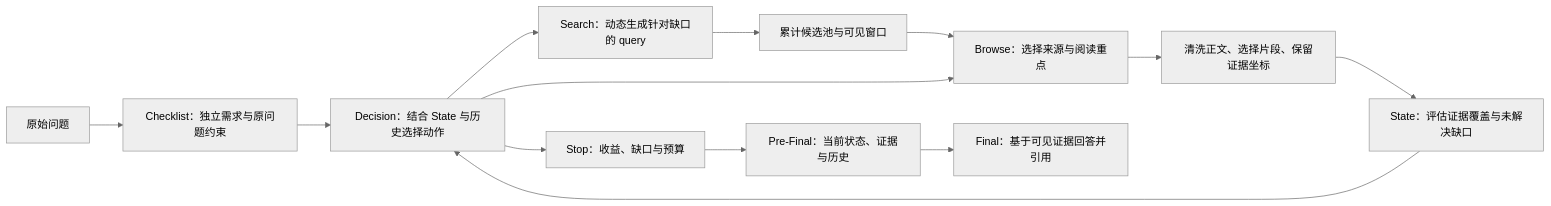
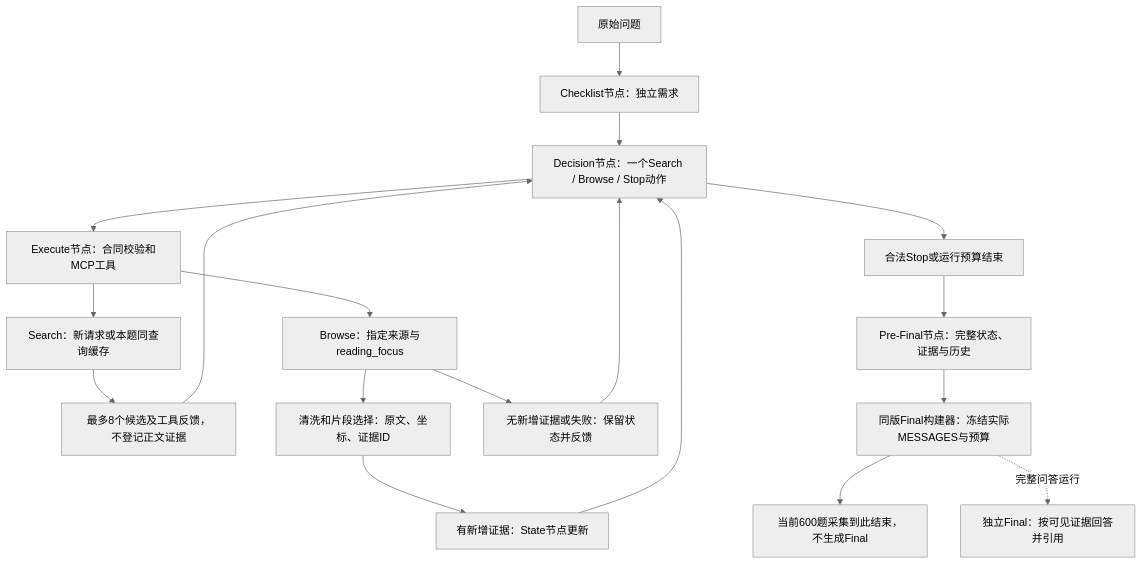
The first of 2 diagrams in README.md (MaSunKing/medical-research-agent-grpo), drawn with Mermaid (neutral theme) before and after one commit. The commit also changed other lines of this file and 10 other files, not shown here.

Commit message:
docs: align version three and engineering diagrams with current Process runtime

````diff
--- a/README.md
+++ b/README.md
@@ -36,15 +37,20 @@
 ```mermaid
-flowchart LR
-    Q[原始问题] --> C[Checklist：独立需求与原问题约束]
-    C --> D[Decision：结合 State 与历史选择动作]
-    D --> S[Search：动态生成针对缺口的 query]
-    S --> P[累计候选池与可见窗口]
-    P --> B[Browse：选择来源与阅读重点]
-    D --> B
-    B --> E[清洗正文、选择片段、保留证据坐标]
-    E --> U[State：评估证据覆盖与未解决缺口]
+flowchart TB
+    Q[原始问题] --> C[Checklist节点：独立需求]
+    C --> D[Decision节点：一个Search / Browse / Stop动作]
+    D --> X[Execute节点：合同校验和MCP工具]
+    X --> S[Search：新请求或本题同查询缓存]
+    S --> P[最多8个候选及工具反馈，不登记正文证据]
+    P --> D
+    X --> B[Browse：指定来源与reading_focus]
+    B --> E[清洗和片段选择：原文、坐标、证据ID]
+    E --> U[有新增证据：State节点更新]
     U --> D
-    D --> T[Stop：收益、缺口与预算]
-    T --> F[Pre-Final：当前状态、证据与历史]
-    F --> A[Final：基于可见证据回答并引用]
+    B --> N[无新增证据或失败：保留状态并反馈]
+    N --> D
+    D --> T[合法Stop或运行预算结束]
+    T --> F[Pre-Final节点：完整状态、证据与历史]
+    F --> Pack[同版Final构建器：冻结实际MESSAGES与预算]
+    Pack --> Collect[当前600题采集到此结束，不生成Final]
+    Pack -. 完整问答运行 .-> A[独立Final：按可见证据回答并引用]
 ```
````
